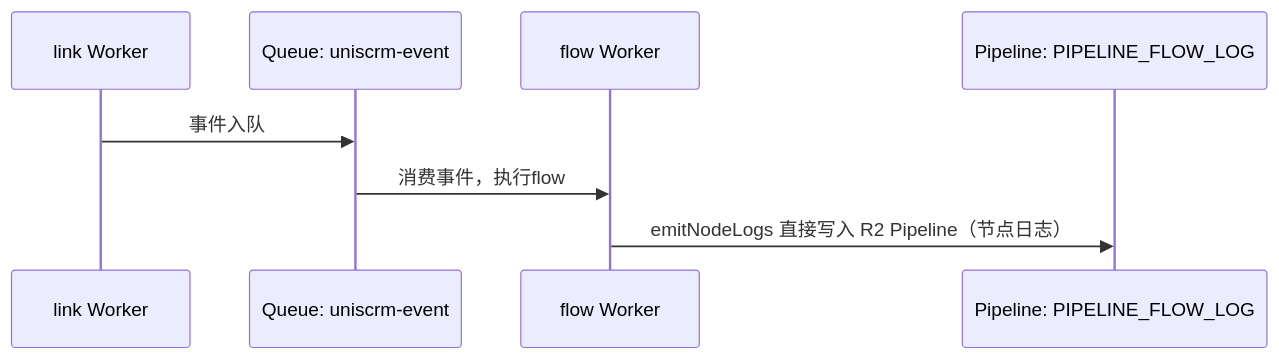
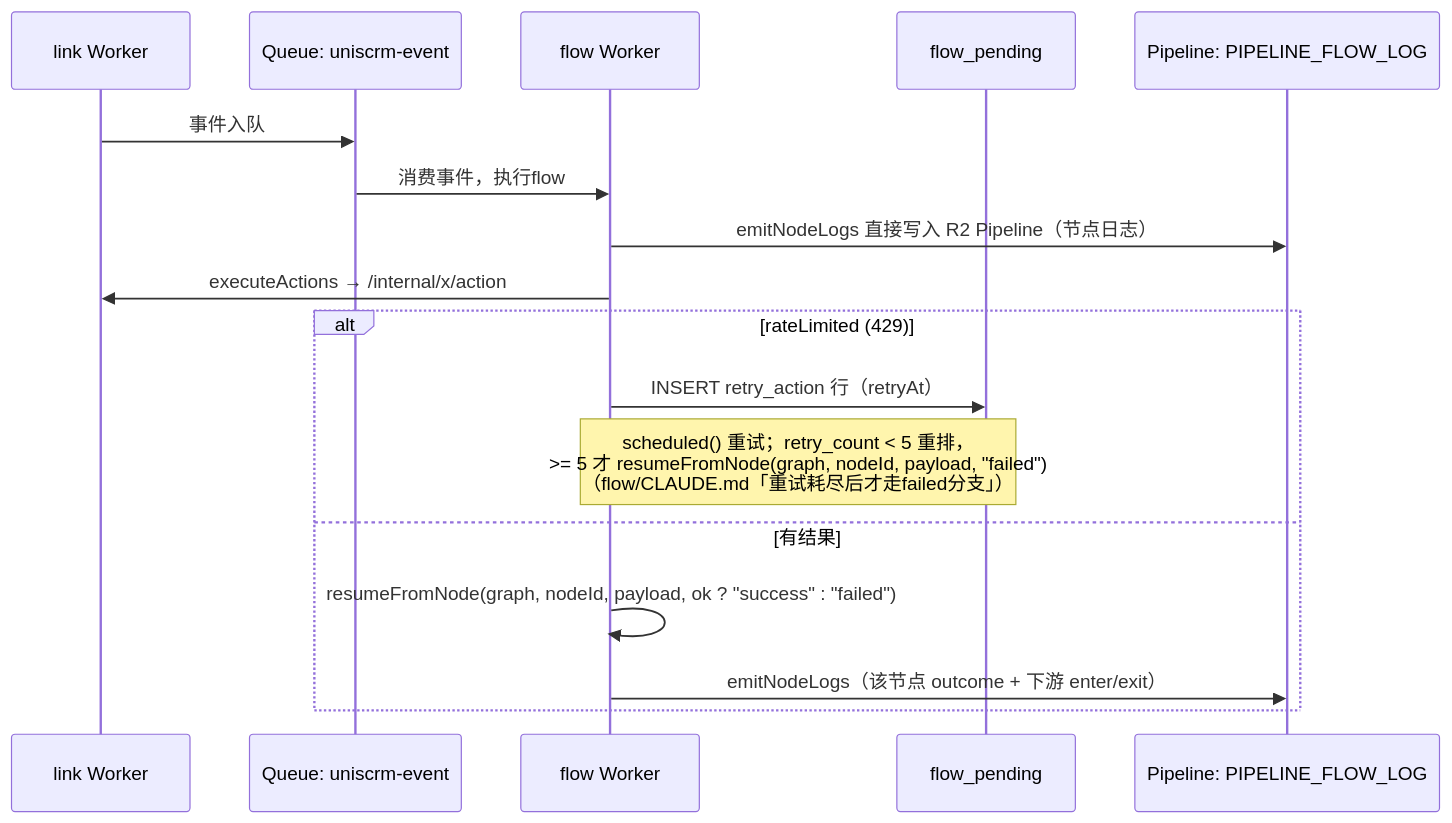
Before and after one commit to zcqqq/uniscrm-web: the first of 5 diagrams in flow/sequence.md, drawn with Mermaid. The commit also changed other lines of this file and 2 other files, not shown here.

````diff
--- a/flow/sequence.md
+++ b/flow/sequence.md
@@ -1,11 +1,20 @@
 ```mermaid
 sequenceDiagram
     participant LW as link Worker
     participant EQ as Queue: uniscrm-event
     participant FW as flow Worker
+    participant FP as flow_pending
     participant PLG as Pipeline: PIPELINE_FLOW_LOG
 
     LW->>EQ: 事件入队
     EQ->>FW: 消费事件，执行flow
     FW->>PLG: emitNodeLogs 直接写入 R2 Pipeline（节点日志）
+    FW->>LW: executeActions → /internal/x/action
+    alt rateLimited (429)
+        FW->>FP: INSERT retry_action 行（retryAt）
+        Note over FW,FP: scheduled() 重试；retry_count < 5 重排，<br/>>= 5 才 resumeFromNode(graph, nodeId, payload, "failed")<br/>（flow/CLAUDE.md「重试耗尽后才走failed分支」）
+    else 有结果
+        FW->>FW: resumeFromNode(graph, nodeId, payload, ok ? "success" : "failed")
+        FW->>PLG: emitNodeLogs（该节点 outcome + 下游 enter/exit）
+    end
 ```
````
